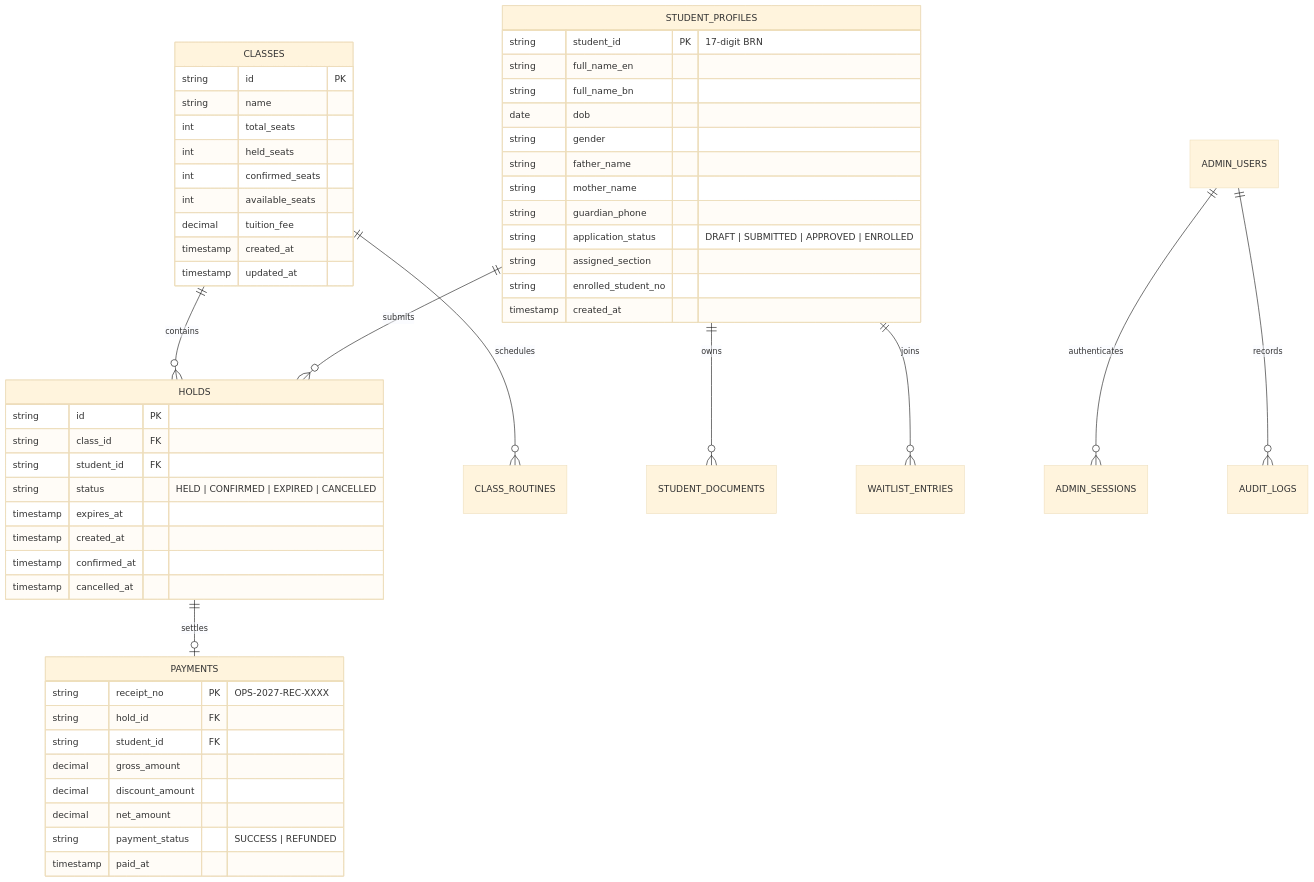
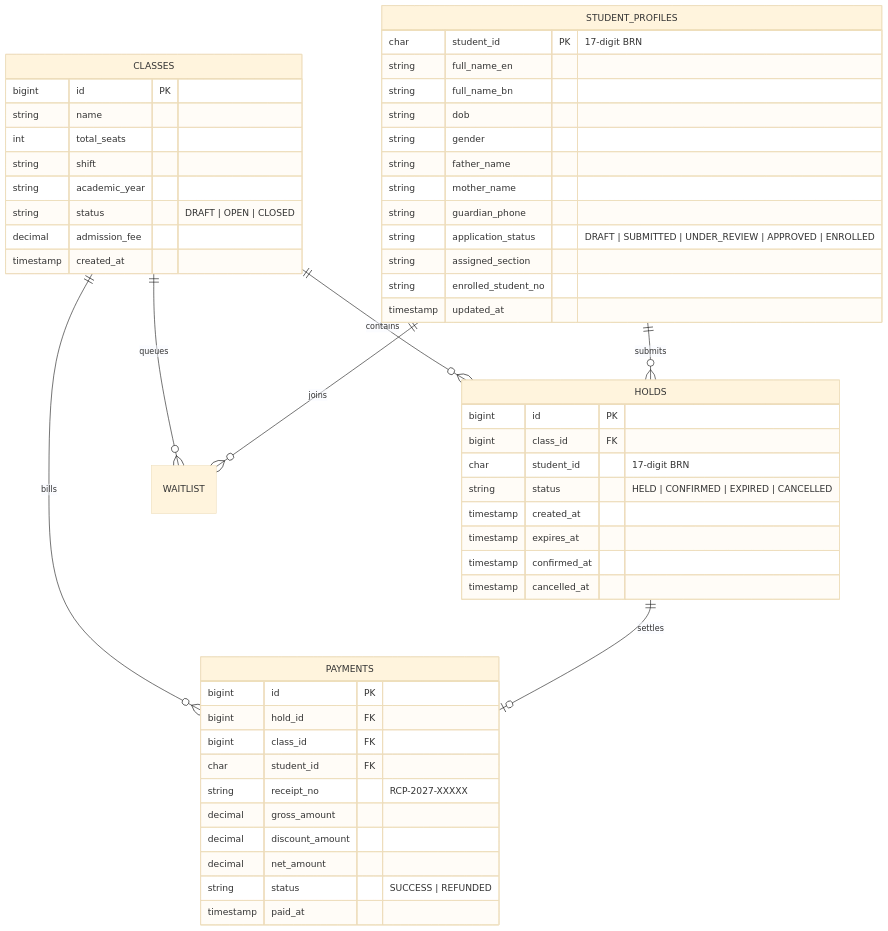
Before and after one commit to HeatsinkDip/school-admission-system: the third of 9 diagrams in ASSUMPTIONS.md, drawn with Mermaid (base theme). The commit also changed other lines of this file and 59 other files, not shown here.

Commit message:
docs: finalize README and ASSUMPTIONS architecture specs, untrack local tooling, and clean comments

````diff
--- a/ASSUMPTIONS.md
+++ b/ASSUMPTIONS.md
@@ -85,60 +85,59 @@
 ```mermaid
 erDiagram
     CLASSES ||--o{ HOLDS : contains
-    CLASSES ||--o{ CLASS_ROUTINES : schedules
+    CLASSES ||--o{ PAYMENTS : bills
+    CLASSES ||--o{ WAITLIST : queues
     STUDENT_PROFILES ||--o{ HOLDS : submits
-    STUDENT_PROFILES ||--o{ STUDENT_DOCUMENTS : owns
     HOLDS ||--o| PAYMENTS : settles
-    STUDENT_PROFILES ||--o{ WAITLIST_ENTRIES : joins
-    ADMIN_USERS ||--o{ ADMIN_SESSIONS : authenticates
-    ADMIN_USERS ||--o{ AUDIT_LOGS : records
+    STUDENT_PROFILES ||--o{ WAITLIST : joins
 
     CLASSES {
-        string id PK
+        bigint id PK
         string name
         int total_seats
-        int held_seats
-        int confirmed_seats
-        int available_seats
-        decimal tuition_fee
+        string shift
+        string academic_year
+        string status "DRAFT | OPEN | CLOSED"
+        decimal admission_fee
         timestamp created_at
-        timestamp updated_at
     }
 
     HOLDS {
-        string id PK
-        string class_id FK
-        string student_id FK
+        bigint id PK
+        bigint class_id FK
+        char student_id "17-digit BRN"
         string status "HELD | CONFIRMED | EXPIRED | CANCELLED"
+        timestamp created_at
         timestamp expires_at
-        timestamp created_at
         timestamp confirmed_at
         timestamp cancelled_at
     }
 
     STUDENT_PROFILES {
-        string student_id PK "17-digit BRN"
+        char student_id PK "17-digit BRN"
         string full_name_en
         string full_name_bn
-        date dob
+        string dob
         string gender
         string father_name
         string mother_name
         string guardian_phone
-        string application_status "DRAFT | SUBMITTED | APPROVED | ENROLLED"
+        string application_status "DRAFT | SUBMITTED | UNDER_REVIEW | APPROVED | ENROLLED"
         string assigned_section
         string enrolled_student_no
-        timestamp created_at
+        timestamp updated_at
     }
 
     PAYMENTS {
-        string receipt_no PK "OPS-2027-REC-XXXX"
-        string hold_id FK
-        string student_id FK
+        bigint id PK
+        bigint hold_id FK
+        bigint class_id FK
+        char student_id FK
+        string receipt_no "RCP-2027-XXXXX"
         decimal gross_amount
         decimal discount_amount
         decimal net_amount
-        string payment_status "SUCCESS | REFUNDED"
+        string status "SUCCESS | REFUNDED"
         timestamp paid_at
     }
 ```
````
